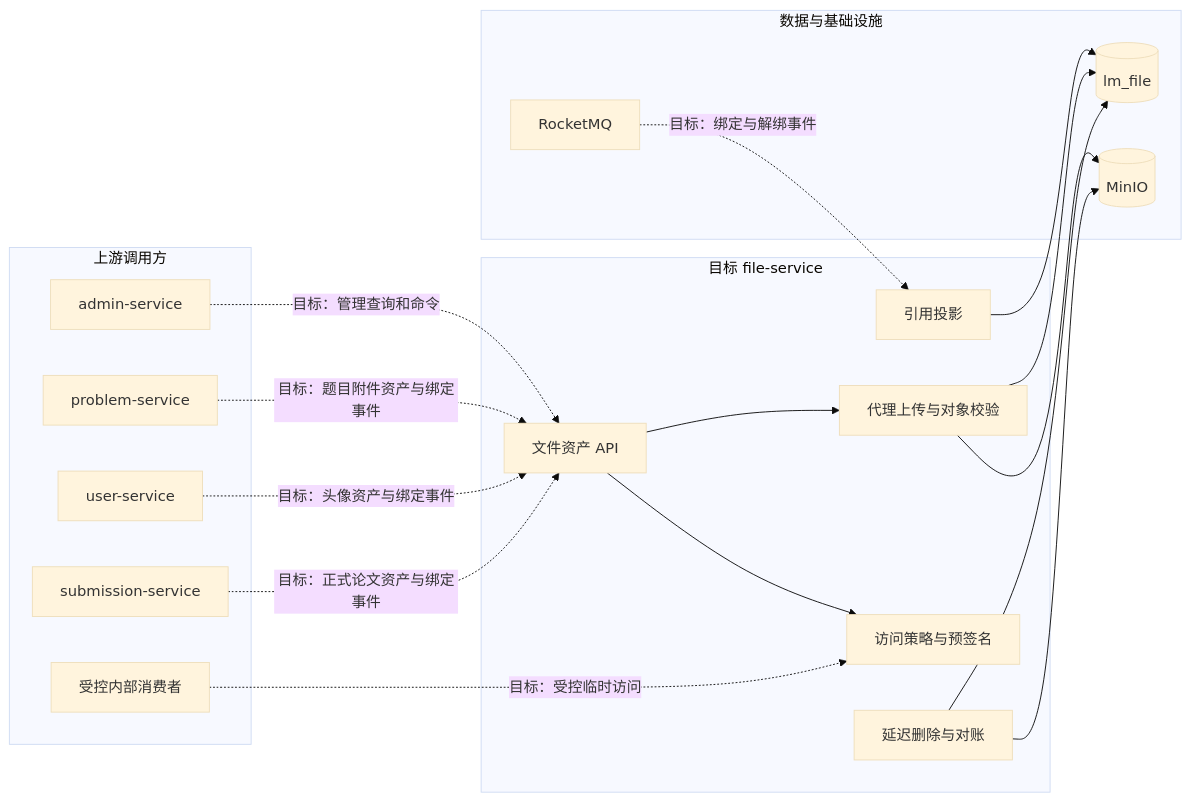
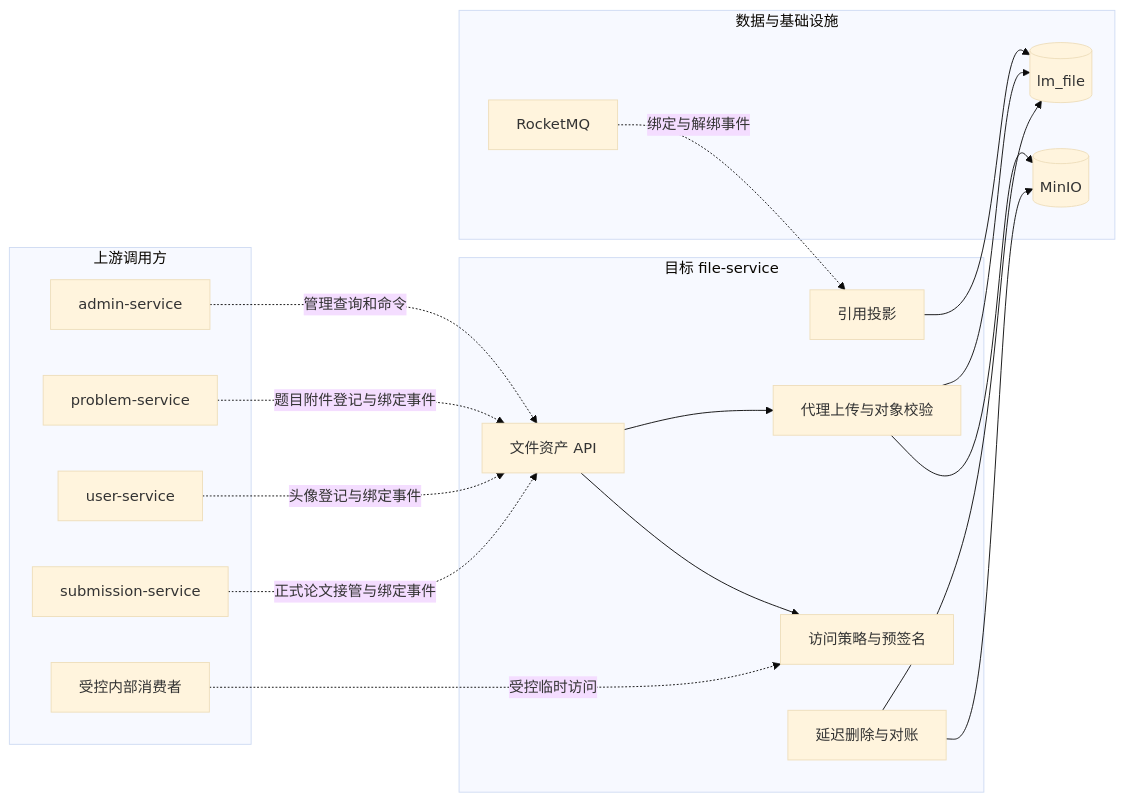
The diagram in docs/project/03-微服务设计/file-service/README.md (Dorian7Alden/LeetModel), drawn with Mermaid (base theme) before and after one commit. The commit also changed other lines of this file and 8 other files, not shown here.

````diff
--- a/docs/project/03-微服务设计/file-service/README.md
+++ b/docs/project/03-微服务设计/file-service/README.md
@@ -13,38 +13,38 @@
 ```mermaid
 flowchart LR
     subgraph callers["上游调用方"]
         adminService["admin-service"]
         problemService["problem-service"]
         userService["user-service"]
         submissionService["submission-service"]
         internalConsumer["受控内部消费者"]
     end
 
     subgraph file["目标 file-service"]
         assetApi["文件资产 API"]
         uploadControl["代理上传与对象校验"]
         accessControl["访问策略与预签名"]
         bindingProjection["引用投影"]
         lifecycle["延迟删除与对账"]
     end
 
     subgraph dependencies["数据与基础设施"]
         fileDatabase[("lm_file")]
         minio[("MinIO")]
         messageBroker["RocketMQ"]
     end
 
-    adminService -. "目标：管理查询和命令" .-> assetApi
-    problemService -. "目标：题目附件资产与绑定事件" .-> assetApi
-    userService -. "目标：头像资产与绑定事件" .-> assetApi
-    submissionService -. "目标：正式论文资产与绑定事件" .-> assetApi
-    internalConsumer -. "目标：受控临时访问" .-> accessControl
+    adminService -. "管理查询和命令" .-> assetApi
+    problemService -. "题目附件登记与绑定事件" .-> assetApi
+    userService -. "头像登记与绑定事件" .-> assetApi
+    submissionService -. "正式论文接管与绑定事件" .-> assetApi
+    internalConsumer -. "受控临时访问" .-> accessControl
     assetApi --> uploadControl
     assetApi --> accessControl
     uploadControl --> fileDatabase
     uploadControl --> minio
     bindingProjection --> fileDatabase
     lifecycle --> fileDatabase
     lifecycle --> minio
-    messageBroker -. "目标：绑定与解绑事件" .-> bindingProjection
+    messageBroker -. "绑定与解绑事件" .-> bindingProjection
 ```
````
